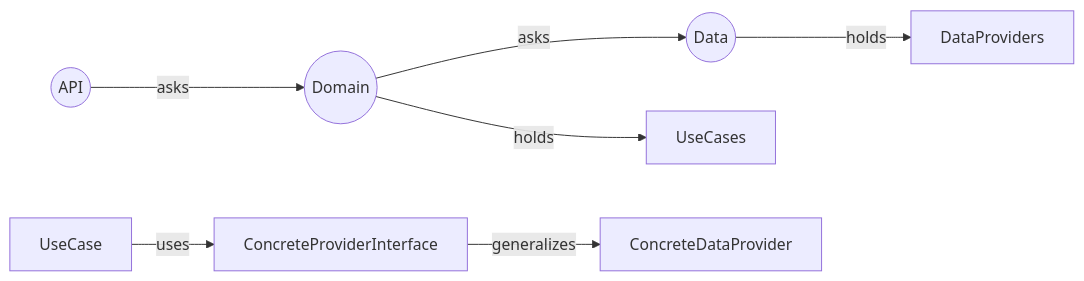
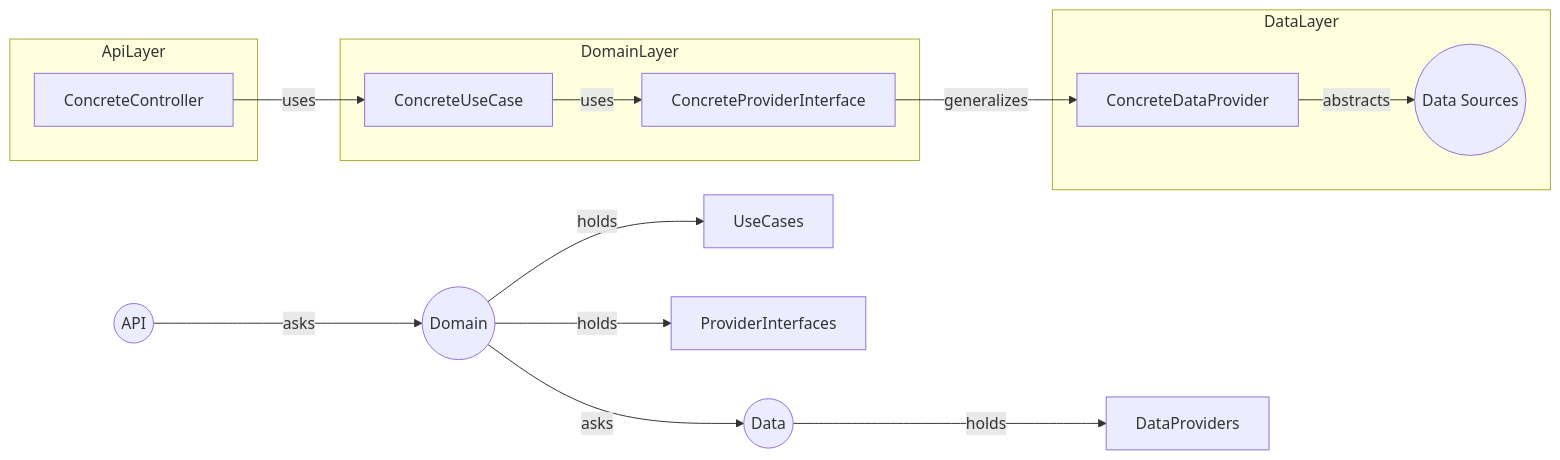
The diagram in docs/diagrams/src/server_overview.mmd (molayab/dart-media-library-server), drawn with Mermaid before and after one commit. The commit also changed 1 other file, not shown here.

Commit message:
Updated overview diagram.

```diff
--- a/docs/diagrams/src/server_overview.mmd
+++ b/docs/diagrams/src/server_overview.mmd
@@ -1,7 +1,19 @@
 graph LR
       API((API)) -- asks --> Domain((Domain))
       Domain((Domain)) -- asks --> Data((Data))
-      Domain((Domain)) -- holds --> UseCases 
-      UseCase -- uses --> ConcreteProviderInterface 
-      ConcreteProviderInterface -- generalizes --> ConcreteDataProvider
+      Domain((Domain)) -- holds --> UseCases
+      Domain((Domain)) -- holds --> ProviderInterfaces
       Data((Data)) -- holds --> DataProviders
+
+      subgraph DataLayer
+            ConcreteDataProvider -- abstracts --> Sources((Data Sources))
+      end
+      
+      subgraph DomainLayer
+            ConcreteUseCase -- uses --> ConcreteProviderInterface
+            ConcreteProviderInterface -- generalizes --> ConcreteDataProvider
+      end
+
+      subgraph ApiLayer
+            ConcreteController -- uses --> ConcreteUseCase
+      end
```
